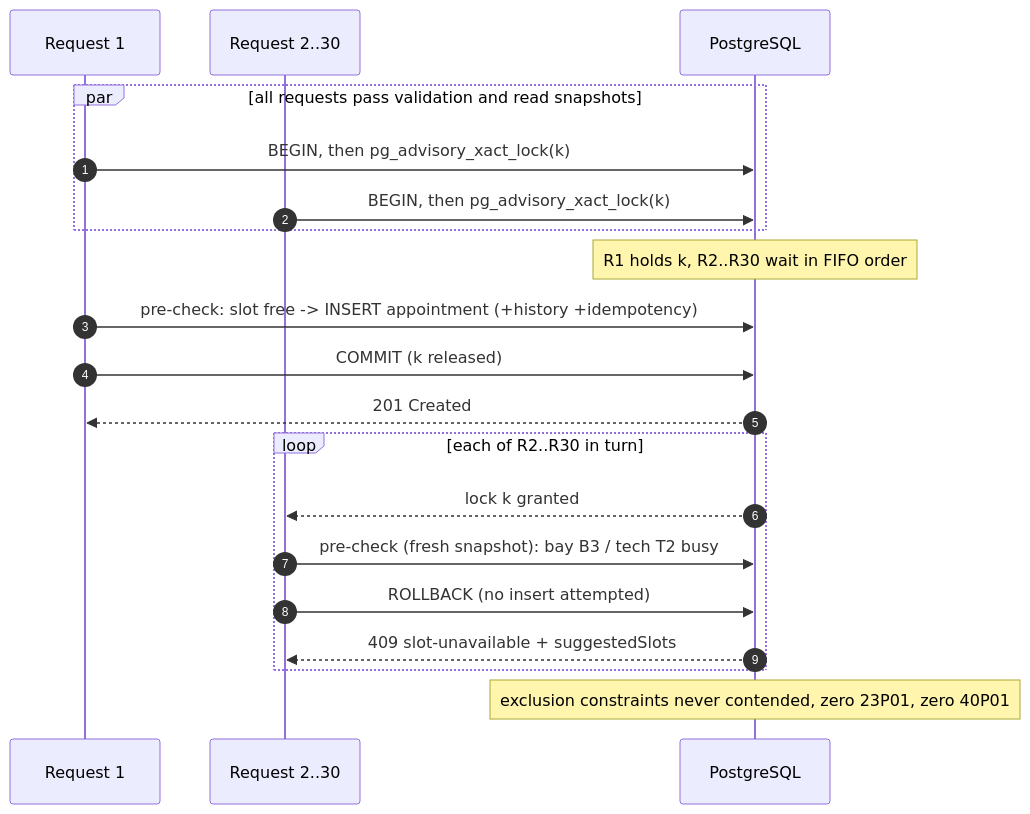
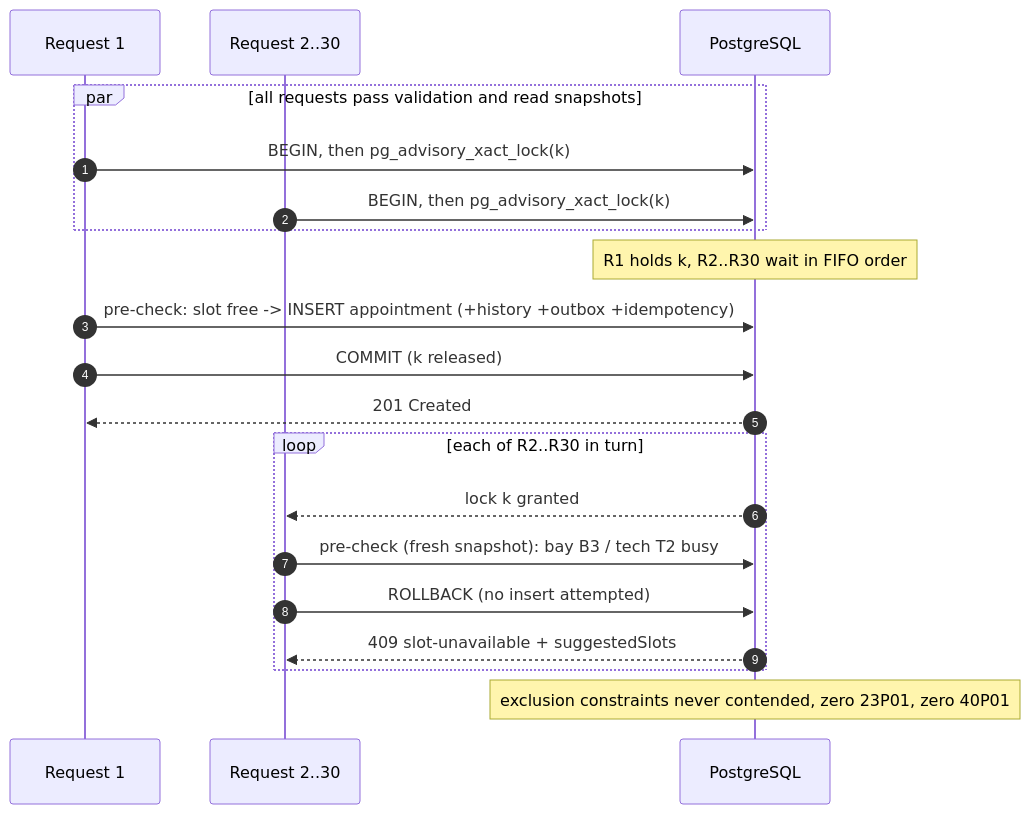
The seventh of 13 diagrams in docs/SYSTEM_DESIGN.md (kylesmile1103/keyloop-service-scheduler), drawn with Mermaid before and after one commit. The commit also changed other lines of this file and 36 other files, not shown here.

````diff
--- a/docs/SYSTEM_DESIGN.md
+++ b/docs/SYSTEM_DESIGN.md
@@ -713,23 +714,23 @@
 ```mermaid
 sequenceDiagram
     autonumber
     participant R1 as Request 1
     participant R2 as Request 2..30
     participant DB as PostgreSQL
 
     par all requests pass validation and read snapshots
         R1->>DB: BEGIN, then pg_advisory_xact_lock(k)
         R2->>DB: BEGIN, then pg_advisory_xact_lock(k)
     end
     Note over DB: R1 holds k, R2..R30 wait in FIFO order
-    R1->>DB: pre-check: slot free -> INSERT appointment (+history +idempotency)
+    R1->>DB: pre-check: slot free -> INSERT appointment (+history +outbox +idempotency)
     R1->>DB: COMMIT (k released)
     DB-->>R1: 201 Created
     loop each of R2..R30 in turn
         DB-->>R2: lock k granted
         R2->>DB: pre-check (fresh snapshot): bay B3 / tech T2 busy
         R2->>DB: ROLLBACK (no insert attempted)
         DB-->>R2: 409 slot-unavailable + suggestedSlots
     end
     Note over DB: exclusion constraints never contended, zero 23P01, zero 40P01
 ```
````
